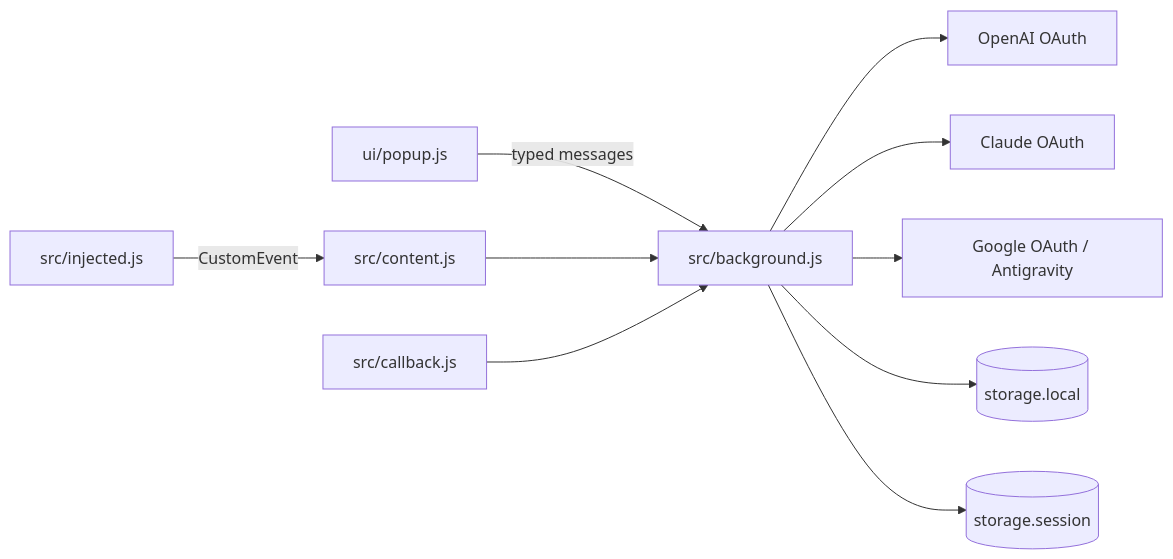
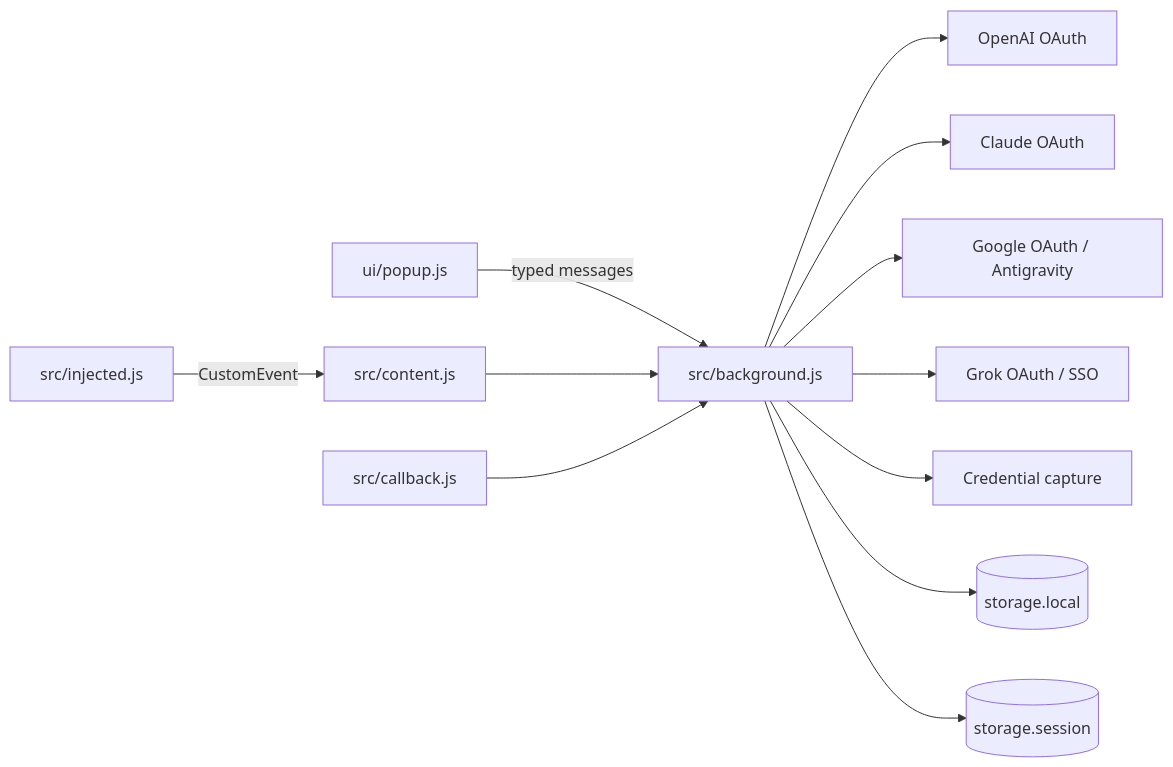
The diagram in docs/ARCHITECTURE.md (lsy1770/TokenInterceptor), drawn with Mermaid before and after one commit. The commit also changed other lines of this file and 23 other files, not shown here.

Commit message:
feat: release v4.4.0 with Grok OAuth/SSO, Claude session, Google One cookies, and packaging

````diff
--- a/docs/ARCHITECTURE.md
+++ b/docs/ARCHITECTURE.md
@@ -15,12 +15,14 @@
 ```mermaid
 flowchart LR
   Popup[ui/popup.js] -->|typed messages| Worker[src/background.js]
   Worker --> OA[OpenAI OAuth]
   Worker --> CL[Claude OAuth]
   Worker --> AG[Google OAuth / Antigravity]
+  Worker --> GR[Grok OAuth / SSO]
+  Worker --> CR[Credential capture]
   Content[src/content.js] --> Worker
   Injected[src/injected.js] -->|CustomEvent| Content
   ClaudeCallback[src/callback.js] --> Worker
   Worker --> Local[(storage.local)]
   Worker --> Session[(storage.session)]
 ```
````
